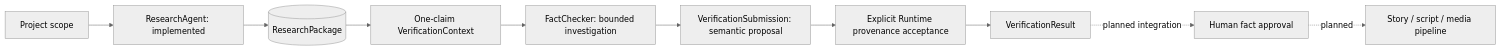
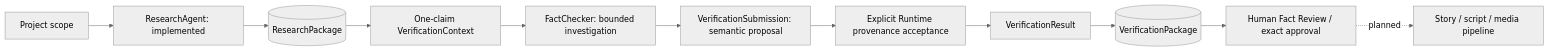
Before and after one commit to hailincai/agentic-history-studio: the first of 3 diagrams in README.md, drawn with Mermaid (neutral theme). The commit also changed other lines of this file and 7 other files, not shown here.

````diff
--- a/README.md
+++ b/README.md
@@ -11,12 +11,13 @@
 ```mermaid
 flowchart LR
     Scope[Project scope] --> Research[ResearchAgent: implemented]
     Research --> Package[(ResearchPackage)]
     Package --> Context[One-claim VerificationContext]
     Context --> Checker[FactChecker: bounded investigation]
     Checker --> Submission[VerificationSubmission: semantic proposal]
     Submission --> Acceptance[Explicit Runtime provenance acceptance]
     Acceptance --> Result[VerificationResult]
-    Result -. planned integration .-> Human[Human fact approval]
+    Result --> Verification[(VerificationPackage)]
+    Verification --> Human[Human Fact Review / exact approval]
     Human -. planned .-> Downstream[Story / script / media pipeline]
 ```
````
